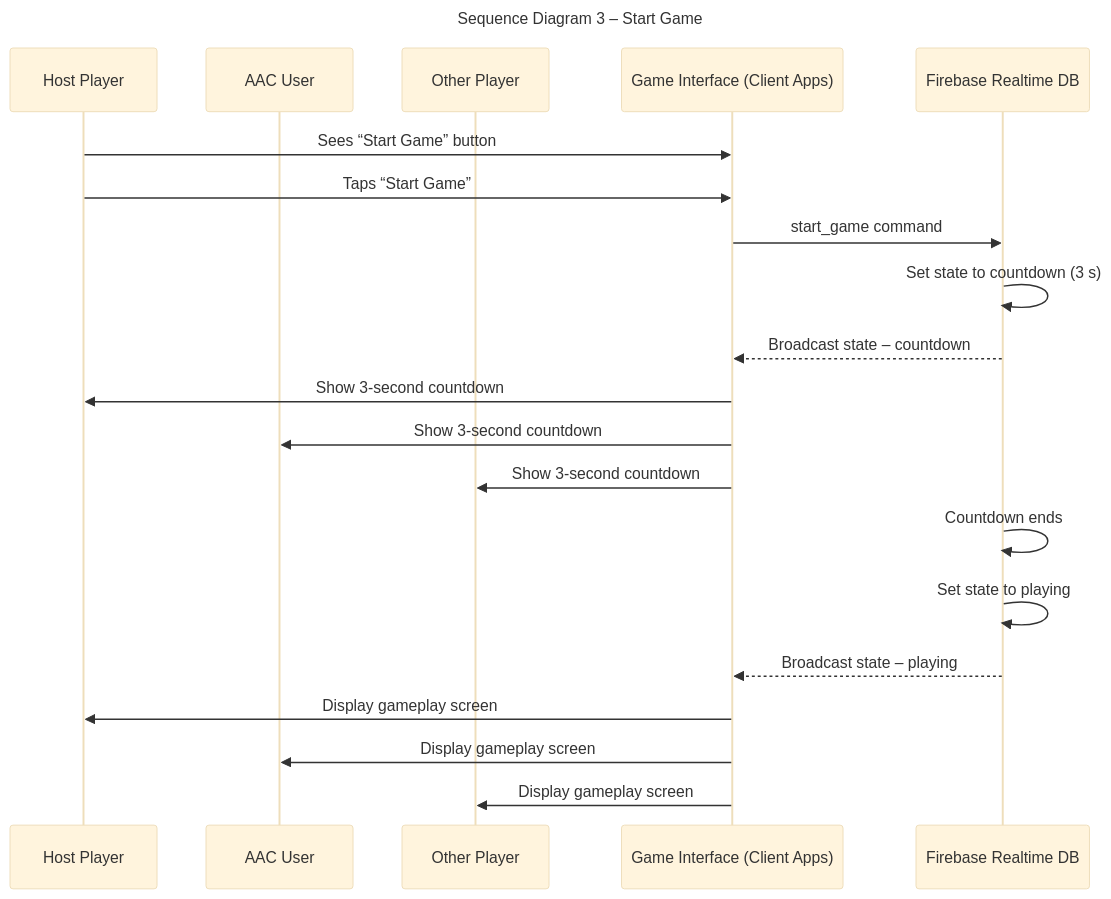
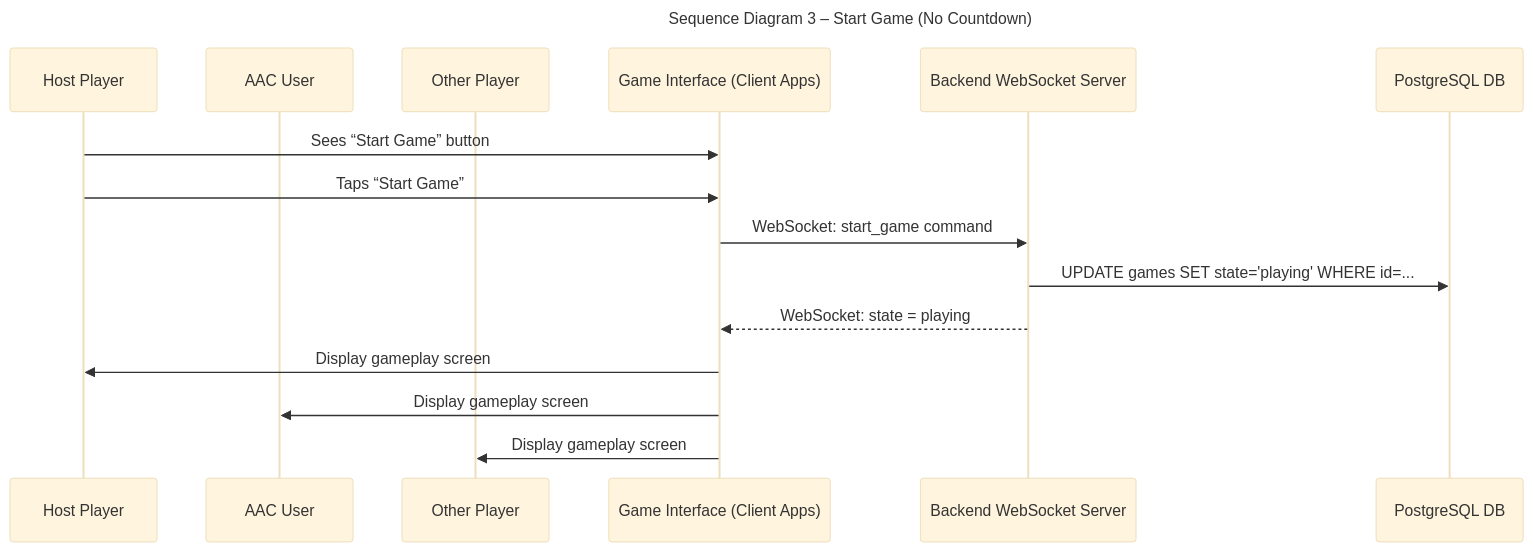
The third of 7 diagrams in documentation/docs/system-architecture/sequence-diagrams.md (tug74295/project-acc-hungry-hippos), drawn with Mermaid (base theme) before and after one commit. The commit also changed other lines of this file, not shown here.

First line of the commit message:
Update sequence-diagrams.md

````diff
--- a/documentation/docs/system-architecture/sequence-diagrams.md
+++ b/documentation/docs/system-architecture/sequence-diagrams.md
@@ -92,37 +93,28 @@
 ```mermaid
 ---
-title: Sequence Diagram 3 – Start Game
+title: Sequence Diagram 3 – Start Game (No Countdown)
 ---
 
 sequenceDiagram
     participant Host_Player  as Host Player
     participant AAC_User     as AAC User
     participant Other_Player as Other Player
     participant Interface    as Game Interface (Client Apps)
-    participant Firebase     as Firebase Realtime DB
+    participant WS_Server    as Backend WebSocket Server
+    participant DB           as PostgreSQL DB
 
     %% ─── Host starts the game ─────────────────────────────
     Host_Player ->> Interface: Sees “Start Game” button
     Host_Player ->> Interface: Taps “Start Game”
 
     %% ─── Command sent to backend ──────────────────────────
-    Interface   ->> Firebase  : start_game command
-    Firebase    ->> Firebase : Set state to countdown (3 s)
+    Interface   ->> WS_Server: WebSocket: start_game command
+    WS_Server   ->> DB       : UPDATE games SET state='playing' WHERE id=...
 
-    %% ─── Countdown broadcast to all clients ───────────────
-    Firebase  -->> Interface : Broadcast state – countdown
-    Interface  ->> Host_Player  : Show 3-second countdown
-    Interface  ->> AAC_User     : Show 3-second countdown
-    Interface  ->> Other_Player : Show 3-second countdown
-
-    %% ─── Countdown ends ───────────────────────────────────
-    Firebase    ->> Firebase : Countdown ends
-    Firebase    ->> Firebase : Set state to playing
-    Firebase  -->> Interface : Broadcast state – playing
-
-    %% ─── Gameplay screen appears ──────────────────────────
+    %% ─── State broadcast to all clients ──────────────────
+    WS_Server  -->> Interface : WebSocket: state = playing
     Interface  ->> Host_Player  : Display gameplay screen
     Interface  ->> AAC_User     : Display gameplay screen
     Interface  ->> Other_Player : Display gameplay screen
 
 ```
````
